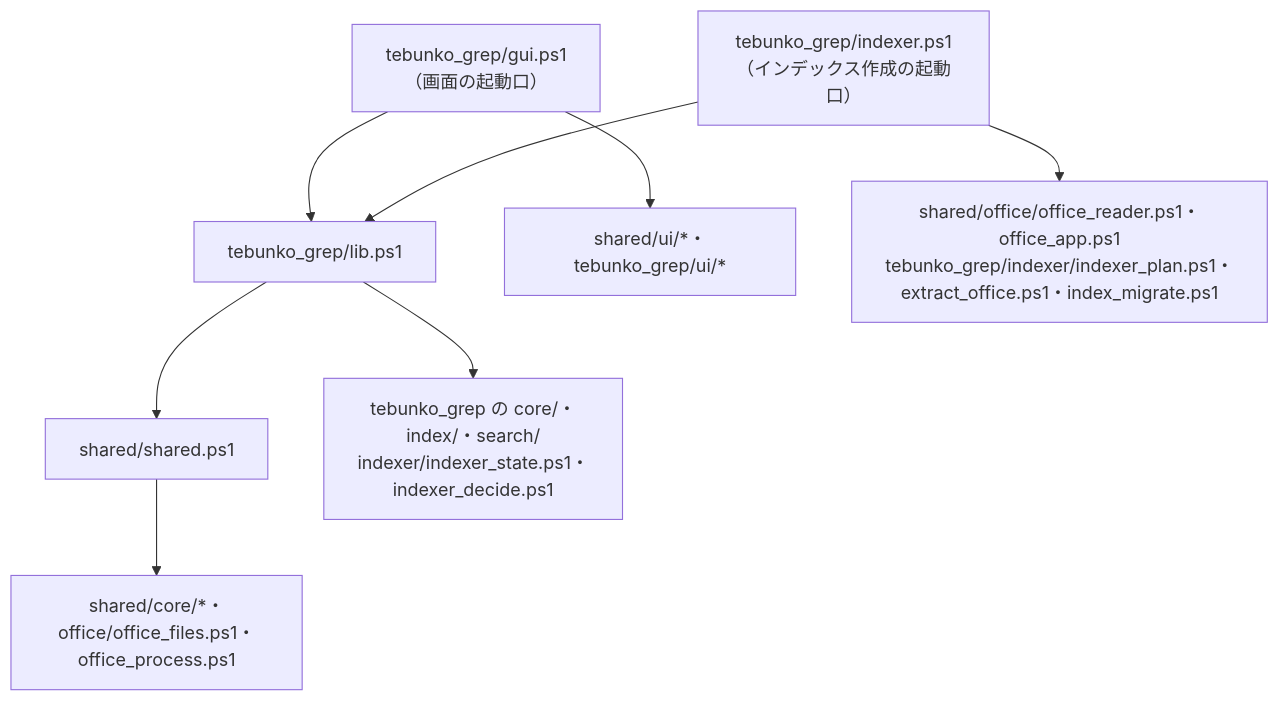
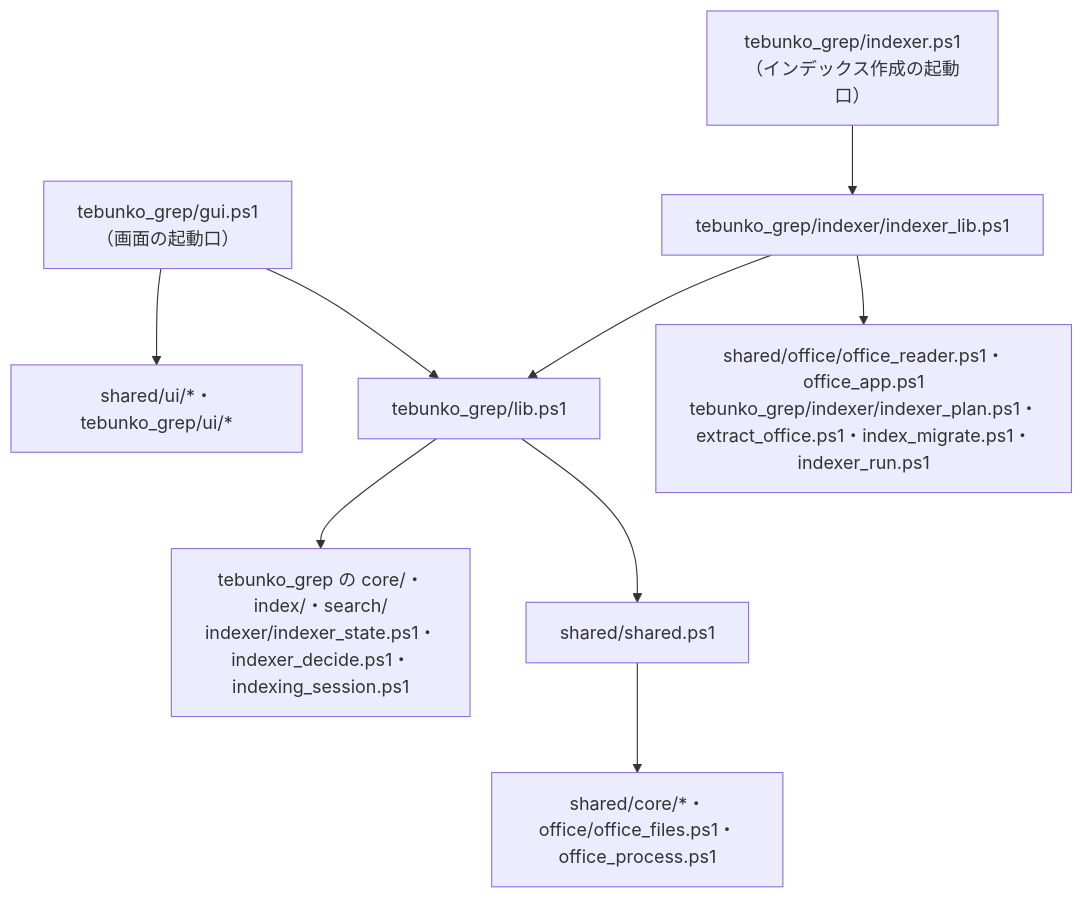
The first of 3 diagrams in docs/00_共通_2_共通モジュール.md (hsgwa/tebunko), drawn with Mermaid before and after one commit. The commit also changed other lines of this file and 24 other files, not shown here.

````diff
--- a/docs/00_共通_2_共通モジュール.md
+++ b/docs/00_共通_2_共通モジュール.md
@@ -40,10 +40,11 @@
 ```mermaid
 flowchart TD
     GUI["tebunko_grep/gui.ps1<br>（画面の起動口）"] --> LIB
-    IDX["tebunko_grep/indexer.ps1<br>（インデックス作成の起動口）"] --> LIB
+    IDX["tebunko_grep/indexer.ps1<br>（インデックス作成の起動口）"]
     GUI --> UI["shared/ui/*・tebunko_grep/ui/*"]
-    IDX --> IXO["shared/office/office_reader.ps1・office_app.ps1<br>tebunko_grep/indexer/indexer_plan.ps1・extract_office.ps1・index_migrate.ps1"]
+    IDX --> IXL["tebunko_grep/indexer/indexer_lib.ps1"] --> IXO["shared/office/office_reader.ps1・office_app.ps1<br>tebunko_grep/indexer/indexer_plan.ps1・extract_office.ps1・index_migrate.ps1・indexer_run.ps1"]
+    IXL --> LIB
     LIB["tebunko_grep/lib.ps1"] --> SH["shared/shared.ps1"]
-    LIB --> TG["tebunko_grep の core/・index/・search/<br>indexer/indexer_state.ps1・indexer_decide.ps1"]
+    LIB --> TG["tebunko_grep の core/・index/・search/<br>indexer/indexer_state.ps1・indexer_decide.ps1・indexing_session.ps1"]
     SH --> SC["shared/core/*・office/office_files.ps1・office_process.ps1"]
 ```
````
